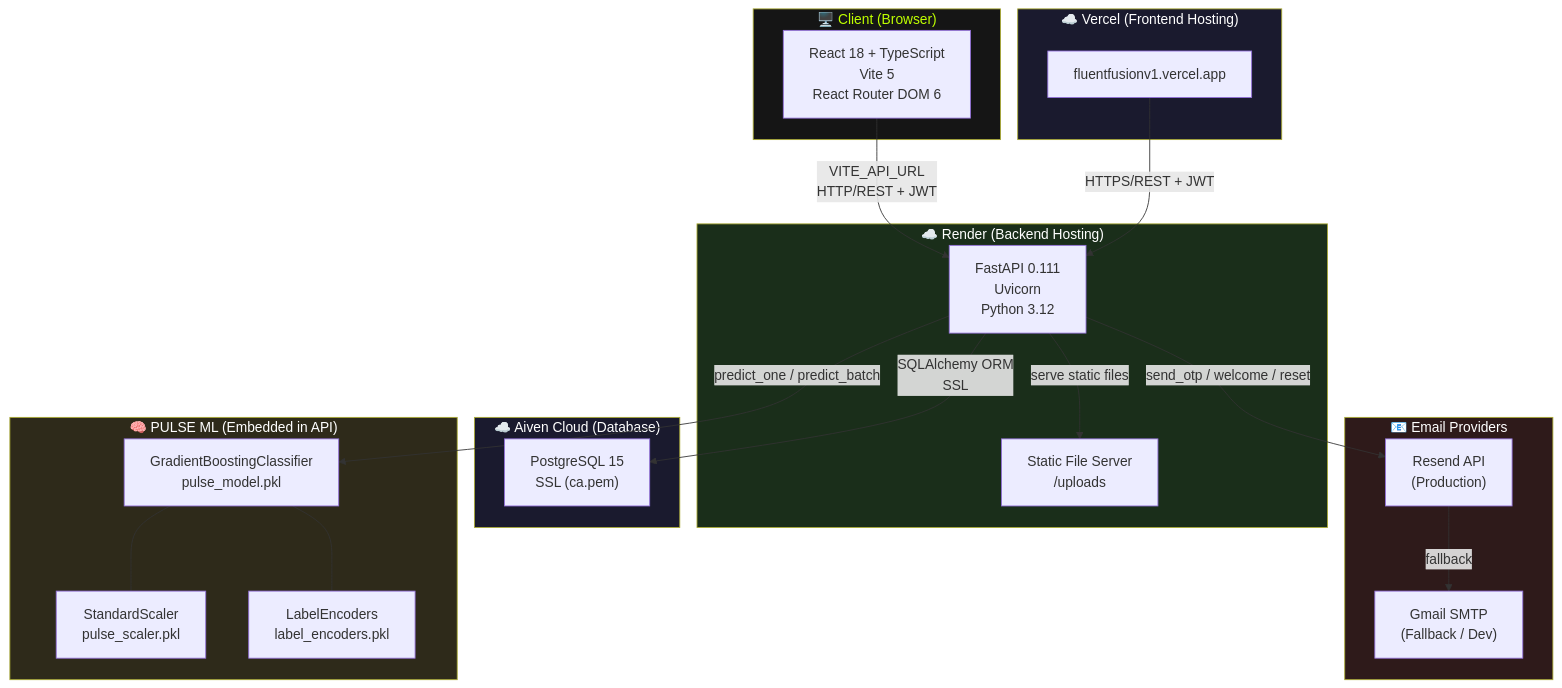
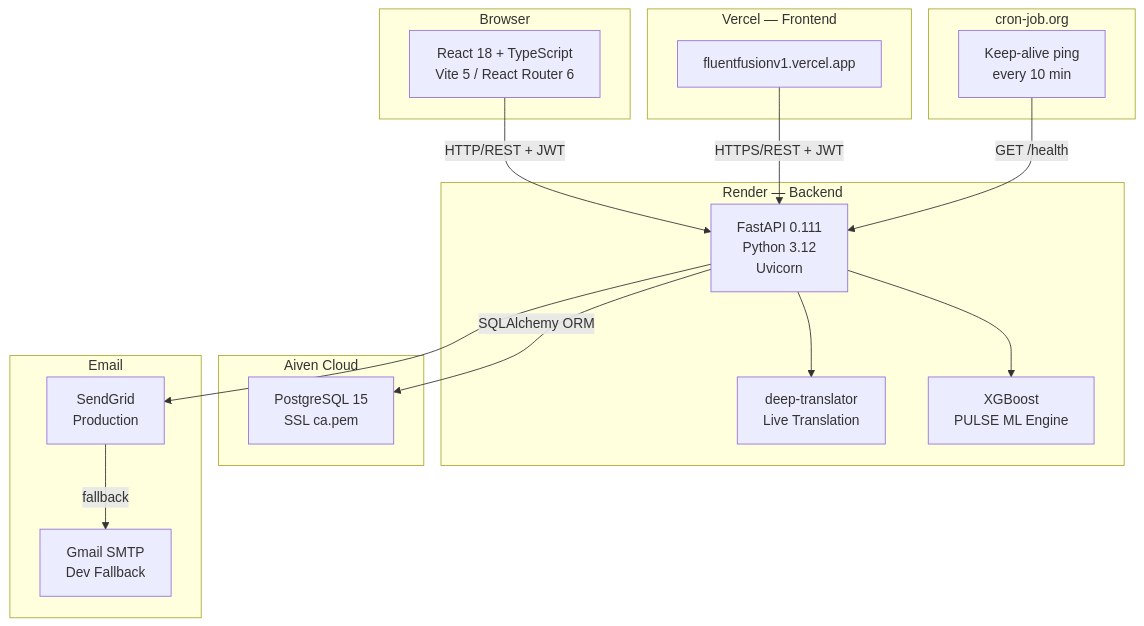
The ninth of 11 diagrams in DIAGRAMS.md (ngabo-dev/fluentfusion.v1), drawn with Mermaid before and after one commit. The commit also changed other lines of this file, not shown here.

Commit message:
docs: update all diagrams — new tables, Live Translation, split large diagrams for page fit

````diff
--- a/DIAGRAMS.md
+++ b/DIAGRAMS.md
@@ -446,47 +504,38 @@
 ```mermaid
 flowchart TB
-    subgraph Client["🖥️ Client (Browser)"]
-        FE["React 18 + TypeScript\nVite 5\nReact Router DOM 6"]
+    subgraph Client["Browser"]
+        FE["React 18 + TypeScript\nVite 5 / React Router 6"]
     end
 
-    subgraph Vercel["☁️ Vercel (Frontend Hosting)"]
-        FE_PROD["fluentfusionv1.vercel.app"]
+    subgraph Vercel["Vercel — Frontend"]
+        PROD["fluentfusionv1.vercel.app"]
     end
 
-    subgraph Render["☁️ Render (Backend Hosting)"]
-        API["FastAPI 0.111\nUvicorn\nPython 3.12"]
-        UPLOADS["Static File Server\n/uploads"]
+    subgraph Render["Render — Backend"]
+        API["FastAPI 0.111\nPython 3.12\nUvicorn"]
+        TRANS["deep-translator\nLive Translation"]
+        PULSE["XGBoost\nPULSE ML Engine"]
     end
 
-    subgraph Aiven["☁️ Aiven Cloud (Database)"]
-        PG["PostgreSQL 15\nSSL (ca.pem)"]
+    subgraph Aiven["Aiven Cloud"]
+        PG["PostgreSQL 15\nSSL ca.pem"]
     end
 
-    subgraph Email["📧 Email Providers"]
-        RESEND["Resend API\n(Production)"]
-        SMTP["Gmail SMTP\n(Fallback / Dev)"]
+    subgraph Email["Email"]
+        SG["SendGrid\nProduction"]
+        SMTP["Gmail SMTP\nDev Fallback"]
     end
 
-    subgraph PULSE_SYS["🧠 PULSE ML (Embedded in API)"]
-        MODEL["GradientBoostingClassifier\npulse_model.pkl"]
-        SCALER["StandardScaler\npulse_scaler.pkl"]
-        ENCODERS["LabelEncoders\nlabel_encoders.pkl"]
+    subgraph Cron["cron-job.org"]
+        PING["Keep-alive ping\nevery 10 min"]
     end
 
-    FE -- "VITE_API_URL\nHTTP/REST + JWT" --> API
-    FE_PROD -- "HTTPS/REST + JWT" --> API
-    API -- "SQLAlchemy ORM\nSSL" --> PG
-    API -- "serve static files" --> UPLOADS
-    API -- "send_otp / welcome / reset" --> RESEND
-    RESEND -- "fallback" --> SMTP
-    API -- "predict_one / predict_batch" --> MODEL
-    MODEL --- SCALER
-    MODEL --- ENCODERS
-
-    style Client fill:#151515,color:#BFFF00
-    style Vercel fill:#1a1a2e,color:#fff
-    style Render fill:#1a2e1a,color:#fff
-    style Aiven fill:#1a1a2e,color:#fff
-    style Email fill:#2e1a1a,color:#fff
-    style PULSE_SYS fill:#2e2a1a,color:#fff
+    FE -- "HTTP/REST + JWT" --> API
+    PROD -- "HTTPS/REST + JWT" --> API
+    API -- "SQLAlchemy ORM" --> PG
+    API --> TRANS
+    API --> PULSE
+    API --> SG
+    SG -- fallback --> SMTP
+    PING -- "GET /health" --> API
 ```
````
